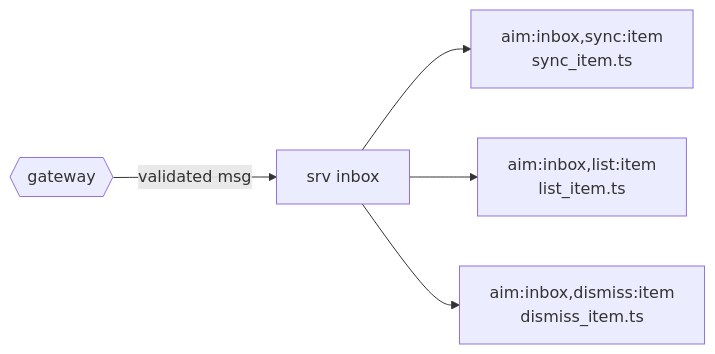
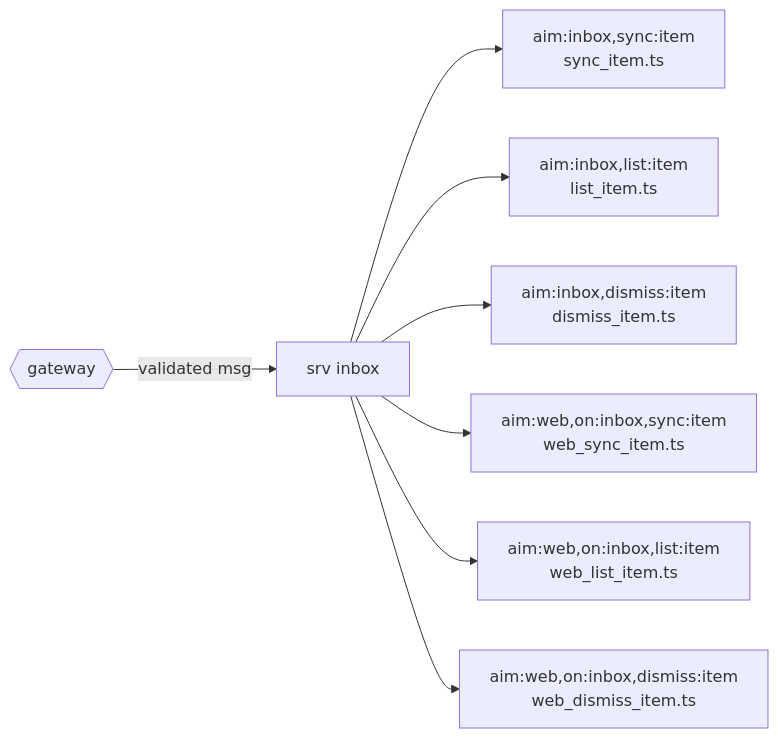
One commit to voxgig/repo-manager changed the diagram in backend/src/srv/inbox/README.md. Above: the diagram before and after it, drawn with Mermaid. The commit also changed other lines of this file and 533 other files, not shown here.

````diff
--- a/backend/src/srv/inbox/README.md
+++ b/backend/src/srv/inbox/README.md
@@ -18,7 +21,10 @@
 ```mermaid
 flowchart LR
   gateway{{gateway}} -->|validated msg| srv[srv inbox]
   srv --> sync_item["aim:inbox,sync:item<br>sync_item.ts"]
   srv --> list_item["aim:inbox,list:item<br>list_item.ts"]
   srv --> dismiss_item["aim:inbox,dismiss:item<br>dismiss_item.ts"]
+  srv --> web_sync_item["aim:web,on:inbox,sync:item<br>web_sync_item.ts"]
+  srv --> web_list_item["aim:web,on:inbox,list:item<br>web_list_item.ts"]
+  srv --> web_dismiss_item["aim:web,on:inbox,dismiss:item<br>web_dismiss_item.ts"]
 ```
````
